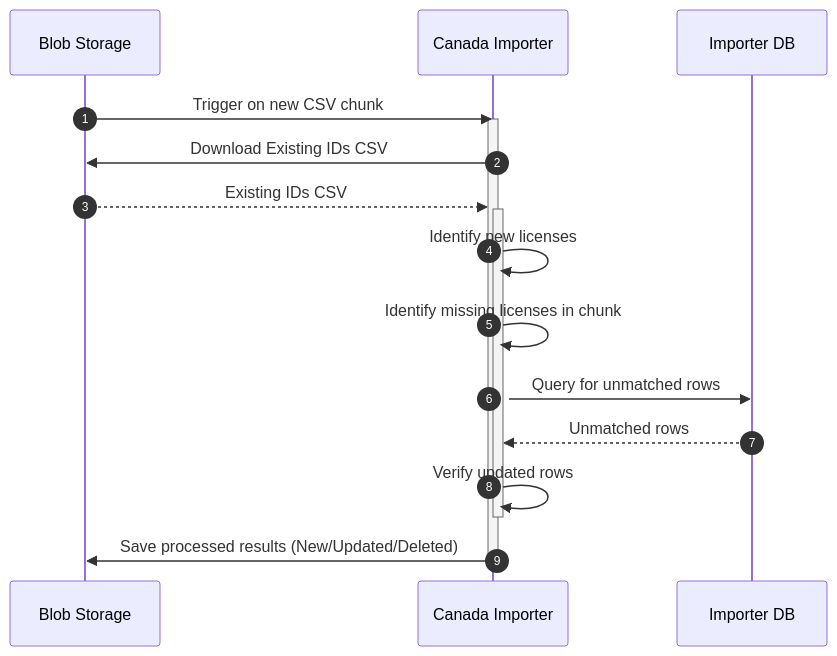
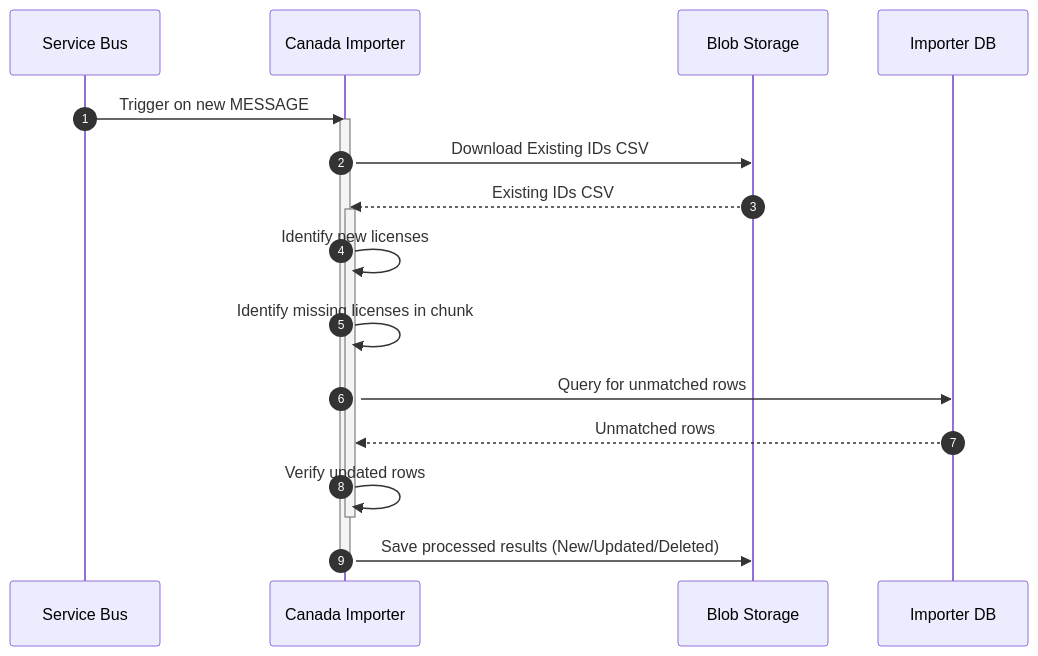
Before and after one commit to RYFOJE/radio-search: the diagram in services/Radio-Search.Importer/Radio-Search.Importer.Canada/Documentation/Diagrams/Sequence Diagrams/BlobTrigger-Unprocessed-CSV-Chunks.md, drawn with Mermaid. The commit also changed 2 other files, not shown here.

Commit message:
Updated diagrams

````diff
--- a/services/Radio-Search.Importer/Radio-Search.Importer.Canada/Documentation/Diagrams/Sequence Diagrams/BlobTrigger-Unprocessed-CSV-Chunks.md
+++ b/services/Radio-Search.Importer/Radio-Search.Importer.Canada/Documentation/Diagrams/Sequence Diagrams/BlobTrigger-Unprocessed-CSV-Chunks.md
@@ -1,24 +1,25 @@
 ```mermaid
 sequenceDiagram
     autonumber
+    participant SB as Service Bus
+    participant Importer as Canada Importer
     participant Blob as Blob Storage
-    participant Importer as Canada Importer
     participant DB as Importer DB
 
-    Blob ->> Importer: Trigger on new CSV chunk
+    SB ->> Importer: Trigger on new MESSAGE
     activate Importer
 
         Importer ->> Blob: Download Existing IDs CSV
         Blob -->> Importer: Existing IDs CSV
 
         activate Importer
             Importer ->> Importer: Identify new licenses
             Importer ->> Importer: Identify missing licenses in chunk
             Importer ->> DB: Query for unmatched rows
             DB -->> Importer: Unmatched rows
             Importer ->> Importer: Verify updated rows
         deactivate Importer
 
         Importer ->> Blob: Save processed results (New/Updated/Deleted)
     deactivate Importer
 ```
````
